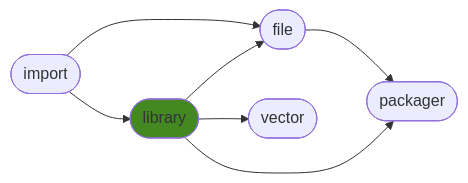
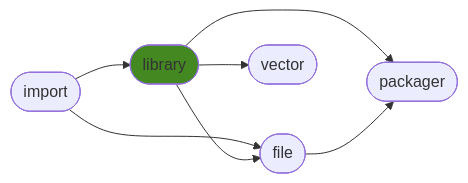
One commit to ManderaGeneral/generallibrary changed the diagram in README.md. Above: the diagram before and after it, drawn with Mermaid. The commit also changed other lines of this file, not shown here.

````diff
--- a/README.md
+++ b/README.md
@@ -24,15 +24,15 @@
 ```mermaid
 flowchart LR
+1([library]) --> 4([packager])
+2([file]) --> 4([packager])
+0([import]) --> 2([file])
+1([library]) --> 3([vector])
 0([import]) --> 1([library])
-2([file]) --> 4([packager])
-1([library]) --> 3([vector])
-0([import]) --> 2([file])
-1([library]) --> 4([packager])
 1([library]) --> 2([file])
 click 0 "https://github.com/ManderaGeneral/generalimport"
 click 1 "https://github.com/ManderaGeneral/generallibrary"
 click 2 "https://github.com/ManderaGeneral/generalfile"
 click 3 "https://github.com/ManderaGeneral/generalvector"
 click 4 "https://github.com/ManderaGeneral/generalpackager"
 style 1 fill:#482
 ```
````
